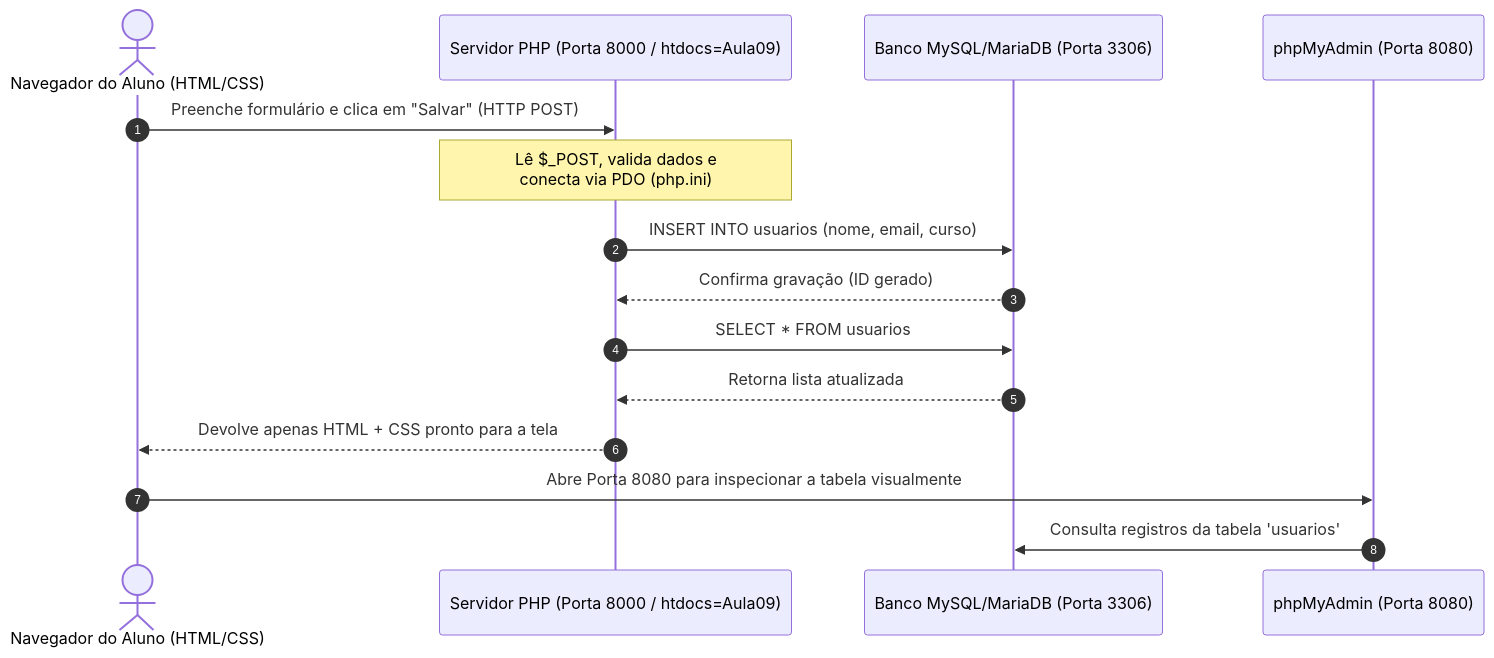
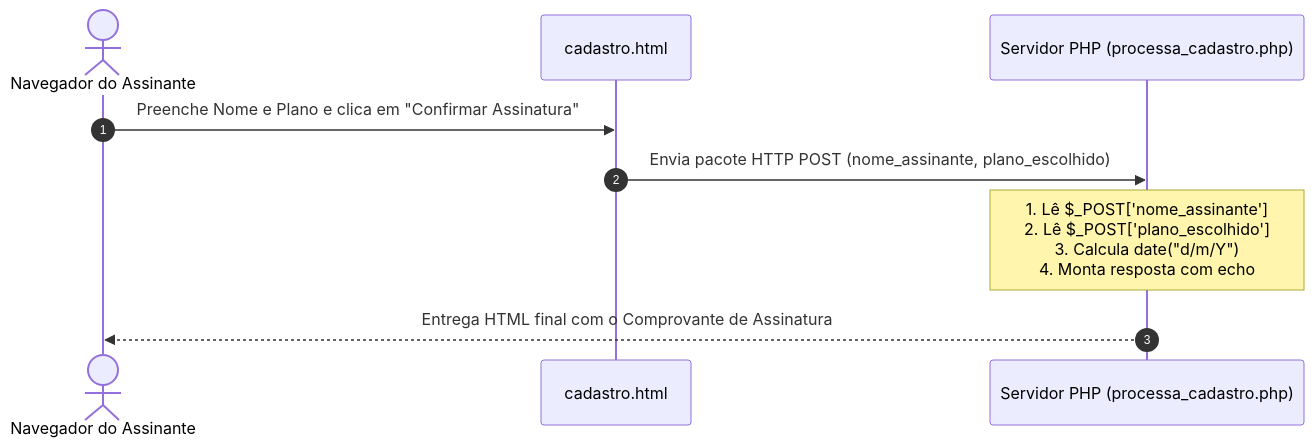
One commit to Claretiano-ads/Claretiano changed the diagram in Aula09/README.md. Above: the diagram before and after it, drawn with Mermaid. The commit also changed other lines of this file and 15 other files, not shown here.

Commit message:
Refactor Aula 09: Remove banco.sql and conexao.php; Update diagnostico.php for improved clarity; Revise estilo.css for better design; Create new cadastro.html and processa_cadastro.php for subscription functionality; Add Aula09.md for structured lesson content.

````diff
--- a/Aula09/README.md
+++ b/Aula09/README.md
@@ -51,18 +34,12 @@
 ```mermaid
 sequenceDiagram
     autonumber
-    actor Aluno as Navegador do Aluno (HTML/CSS)
-    participant PHP as Servidor PHP (Porta 8000 / htdocs=Aula09)
-    participant DB as Banco MySQL/MariaDB (Porta 3306)
-    participant PMA as phpMyAdmin (Porta 8080)
+    actor Assinante as Navegador do Assinante
+    participant HTML as cadastro.html
+    participant PHP as Servidor PHP (processa_cadastro.php)
 
-    Aluno->>PHP: Preenche formulário e clica em "Salvar" (HTTP POST)
-    Note over PHP: Lê $_POST, valida dados e<br/>conecta via PDO (php.ini)
-    PHP->>DB: INSERT INTO usuarios (nome, email, curso)
-    DB-->>PHP: Confirma gravação (ID gerado)
-    PHP->>DB: SELECT * FROM usuarios
-    DB-->>PHP: Retorna lista atualizada
-    PHP-->>Aluno: Devolve apenas HTML + CSS pronto para a tela
-    Aluno->>PMA: Abre Porta 8080 para inspecionar a tabela visualmente
-    PMA->>DB: Consulta registros da tabela 'usuarios'
+    Assinante->>HTML: Preenche Nome e Plano e clica em "Confirmar Assinatura"
+    HTML->>PHP: Envia pacote HTTP POST (nome_assinante, plano_escolhido)
+    Note over PHP: 1. Lê $_POST['nome_assinante']<br/>2. Lê $_POST['plano_escolhido']<br/>3. Calcula date("d/m/Y")<br/>4. Monta resposta com echo
+    PHP-->>Assinante: Entrega HTML final com o Comprovante de Assinatura
 ```
````
